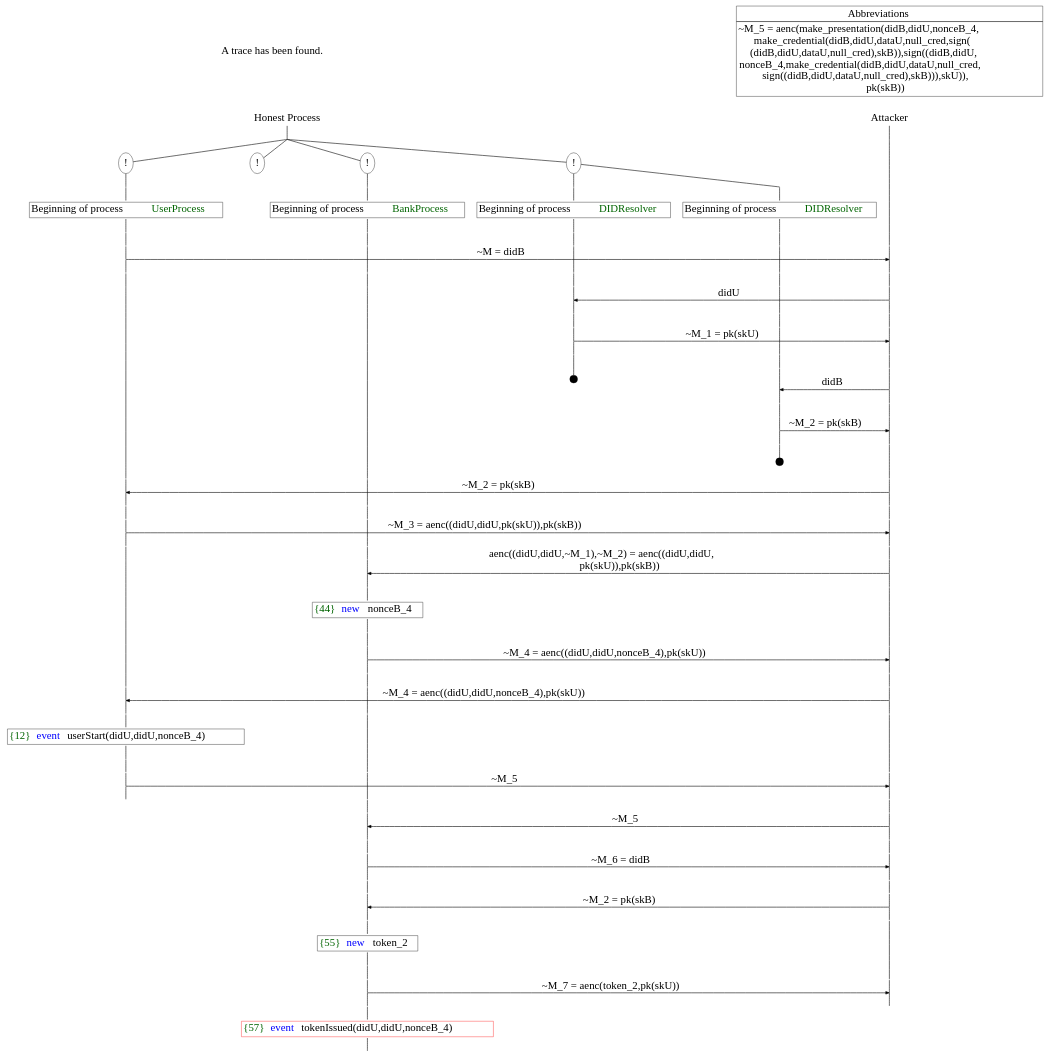
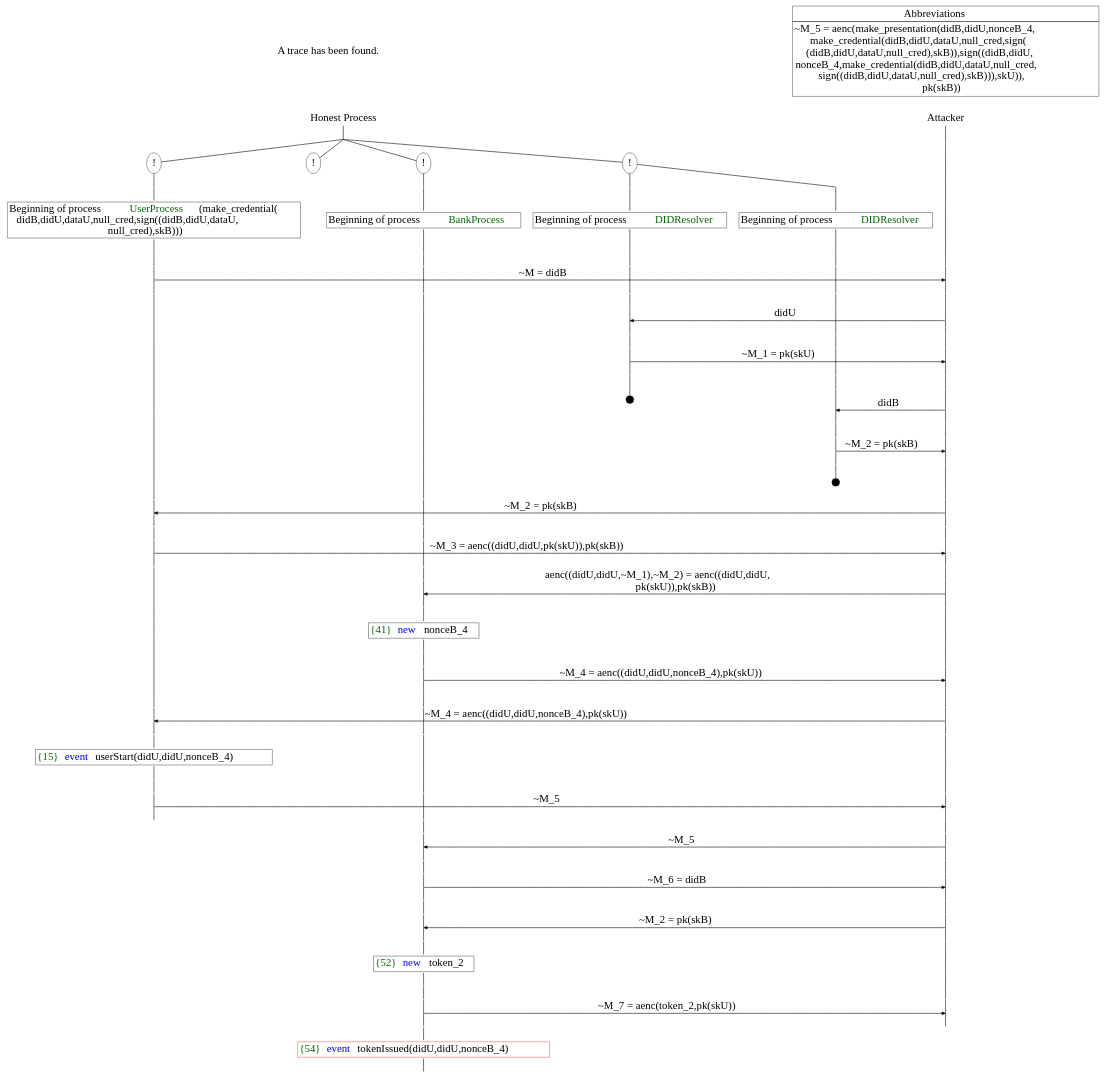
Before and after one commit to thphong/ssi-proverif: the diagram in trace1.dot, drawn with Graphviz. The commit also changed 2 other files, not shown here.

```diff
--- a/trace1.dot
+++ b/trace1.dot
@@ -38,7 +38,9 @@
 P0_3_0__1 [label = "", fixedsize = false, width = 0, height = 0, shape = none]
 P0_3__1 -> P0_3_0__1 [label = <>, weight = 100]
 P0_3_0__1 -> P0_3_0__2 [label = <>, weight = 100]
-P0_3_0__2 [shape = plaintext, label = <<TABLE BORDER="0" CELLBORDER="1" CELLSPACING="0" CELLPADDING="4"> <TR><TD>Beginning of process <FONT COLOR="darkgreen">UserProcess</FONT></TD></TR></TABLE>>]
+P0_3_0__2 [shape = plaintext, label = <<TABLE BORDER="0" CELLBORDER="1" CELLSPACING="0" CELLPADDING="4"> <TR><TD>Beginning of process <FONT COLOR="darkgreen">UserProcess</FONT>(make_credential(<br/>
+didB,didU,dataU,null_cred,sign((didB,didU,dataU,<br/>
+null_cred),skB)))</TD></TR></TABLE>>]
 P0_3_0__2 -> P0_3_0__3 [label = <>, weight = 100]
 P0_3_0__3 -> P0_3_0__4 [label = <>, weight = 100]
 P0_2__2 [label = "", style = invisible]
@@ -176,7 +178,7 @@
 P__23 -> P__24 [label = <>, weight = 100]
 {rank = same; P__24 P0_0_0__22 P0_0_1__18 P0_1_0__12}
 P0_1_0__12 -> P0_1_0__13 [label = <>, weight = 100]
-P0_1_0__13 [shape = plaintext, label = <<TABLE BORDER="0" CELLBORDER="1" CELLSPACING="0" CELLPADDING="4"> <TR><TD><FONT COLOR="darkgreen">{44}</FONT><FONT COLOR="blue">new </FONT>nonceB_4</TD></TR></TABLE>>]
+P0_1_0__13 [shape = plaintext, label = <<TABLE BORDER="0" CELLBORDER="1" CELLSPACING="0" CELLPADDING="4"> <TR><TD><FONT COLOR="darkgreen">{41}</FONT><FONT COLOR="blue">new </FONT>nonceB_4</TD></TR></TABLE>>]
 P0_1_0__13 -> P0_1_0__14 [label = <>, weight = 100]
 P0_1_0__14 -> P0_1_0__15 [label = <>, weight = 100]
 P0_0_1__19 [label = "", style = invisible]
@@ -221,7 +223,7 @@
 P__29 -> P__30 [label = <>, weight = 100]
 {rank = same; P__30 P0_0_0__26 P0_0_1__22 P0_1_0__19 P0_2__9 P0_3_0__15}
 P0_3_0__15 -> P0_3_0__16 [label = <>, weight = 100]
-P0_3_0__16 [shape = plaintext, label = <<TABLE BORDER="0" CELLBORDER="1" CELLSPACING="0" CELLPADDING="4"> <TR><TD><FONT COLOR="darkgreen">{12}</FONT><FONT COLOR="blue">event</FONT> userStart(didU,didU,nonceB_4)</TD></TR></TABLE>>]
+P0_3_0__16 [shape = plaintext, label = <<TABLE BORDER="0" CELLBORDER="1" CELLSPACING="0" CELLPADDING="4"> <TR><TD><FONT COLOR="darkgreen">{15}</FONT><FONT COLOR="blue">event</FONT> userStart(didU,didU,nonceB_4)</TD></TR></TABLE>>]
 P0_3_0__16 -> P0_3_0__17 [label = <>, weight = 100]
 P0_3_0__17 -> P0_3_0__18 [label = <>, weight = 100]
 P0_2__10 [label = "", style = invisible]
@@ -302,7 +304,7 @@
 P__41 -> P__42 [label = <>, weight = 100]
 {rank = same; P__42 P0_0_0__34 P0_0_1__30 P0_1_0__30}
 P0_1_0__30 -> P0_1_0__31 [label = <>, weight = 100]
-P0_1_0__31 [shape = plaintext, label = <<TABLE BORDER="0" CELLBORDER="1" CELLSPACING="0" CELLPADDING="4"> <TR><TD><FONT COLOR="darkgreen">{55}</FONT><FONT COLOR="blue">new </FONT>token_2</TD></TR></TABLE>>]
+P0_1_0__31 [shape = plaintext, label = <<TABLE BORDER="0" CELLBORDER="1" CELLSPACING="0" CELLPADDING="4"> <TR><TD><FONT COLOR="darkgreen">{52}</FONT><FONT COLOR="blue">new </FONT>token_2</TD></TR></TABLE>>]
 P0_1_0__31 -> P0_1_0__32 [label = <>, weight = 100]
 P0_1_0__32 -> P0_1_0__33 [label = <>, weight = 100]
 P0_0_1__31 [label = "", style = invisible]
@@ -323,7 +325,7 @@
 P__44 -> P__45 [label = <>, weight = 100]
 {rank = same; P__45 P0_0_0__36 P0_0_1__32 P0_1_0__35}
 P0_1_0__35 -> P0_1_0__36 [label = <>, weight = 100]
-P0_1_0__36 [color = red, shape = plaintext, label = <<TABLE BORDER="0" CELLBORDER="1" CELLSPACING="0" CELLPADDING="4"> <TR><TD><FONT COLOR="darkgreen">{57}</FONT><FONT COLOR="blue">event</FONT> tokenIssued(didU,didU,nonceB_4)</TD></TR></TABLE>>]
+P0_1_0__36 [color = red, shape = plaintext, label = <<TABLE BORDER="0" CELLBORDER="1" CELLSPACING="0" CELLPADDING="4"> <TR><TD><FONT COLOR="darkgreen">{54}</FONT><FONT COLOR="blue">event</FONT> tokenIssued(didU,didU,nonceB_4)</TD></TR></TABLE>>]
 P0_1_0__36 -> P0_1_0__37 [label = <>, weight = 100]
 Abbrev [shape = plaintext, label = <<TABLE BORDER="0" CELLBORDER="1" CELLSPACING="0" CELLPADDING="4"><TR> <TD> Abbreviations </TD></TR><TR><TD>~M_5 = aenc(make_presentation(didB,didU,nonceB_4,<br/>
 make_credential(didB,didU,dataU,null_cred,sign(<br/>
```
